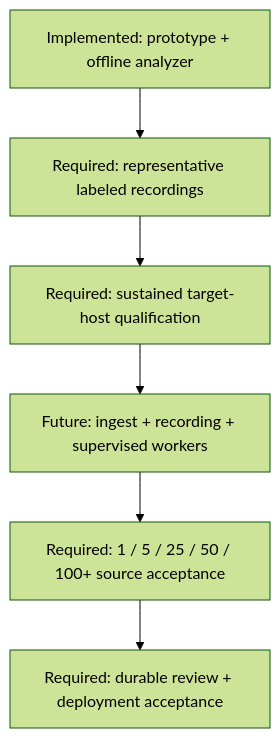
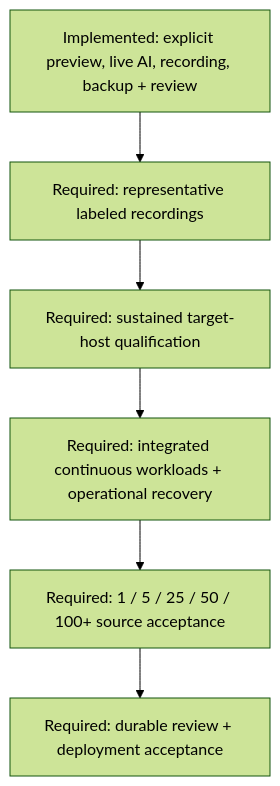
Before and after one commit to bartytime4life/Intelligent-DVR-Tool: the third of 3 diagrams in docs/architecture.md, drawn with Mermaid (forest theme). The commit also changed other lines of this file and 92 other files, not shown here.

````diff
--- a/docs/architecture.md
+++ b/docs/architecture.md
@@ -103,8 +121,8 @@
 ```mermaid
 flowchart TD
-  A["Implemented: prototype + offline analyzer"] --> B["Required: representative labeled recordings"]
+  A["Implemented: explicit preview, live AI, recording, backup + review"] --> B["Required: representative labeled recordings"]
   B --> C["Required: sustained target-host qualification"]
-  C --> D["Future: ingest + recording + supervised workers"]
+  C --> D["Required: integrated continuous workloads + operational recovery"]
   D --> E["Required: 1 / 5 / 25 / 50 / 100+ source acceptance"]
   E --> F["Required: durable review + deployment acceptance"]
 ```
````
